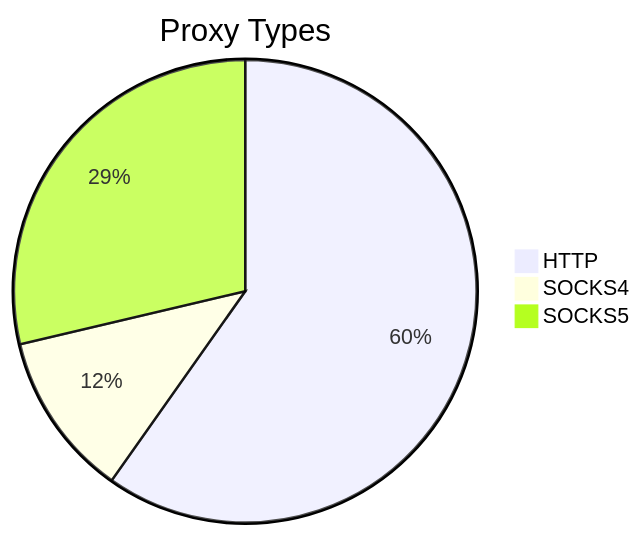
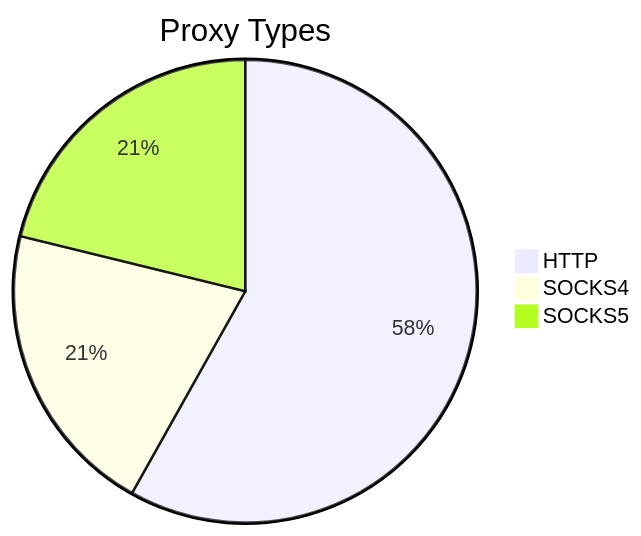
One commit to stormsia/proxy-list changed the first of 2 diagrams in README.md. Above: the diagram before and after it, drawn with Mermaid. The commit also changed other lines of this file, not shown here.

````diff
--- a/README.md
+++ b/README.md
@@ -21,6 +21,6 @@
 ```mermaid
 pie title Proxy Types
-    "HTTP" : 223
-    "SOCKS4" : 43
-    "SOCKS5" : 107
+    "HTTP" : 486
+    "SOCKS4" : 173
+    "SOCKS5" : 177
 ```
````
